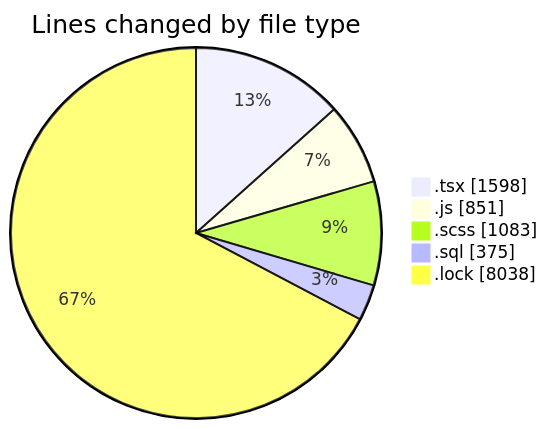
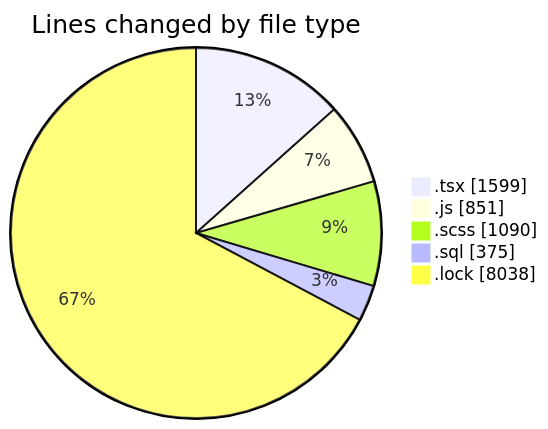
The first of 2 diagrams in 2025-03-18/cda/README.md (momahboobian/code-tracking), drawn with Mermaid before and after one commit. The commit also changed other lines of this file and 1 other file, not shown here.

````diff
--- a/2025-03-18/cda/README.md
+++ b/2025-03-18/cda/README.md
@@ -32,9 +32,9 @@
 ```mermaid
 pie showData
 title Lines changed by file type
-".tsx" : 1598
+".tsx" : 1599
 ".js" : 851
-".scss" : 1083
+".scss" : 1090
 ".sql" : 375
 ".lock" : 8038
 ```
````
